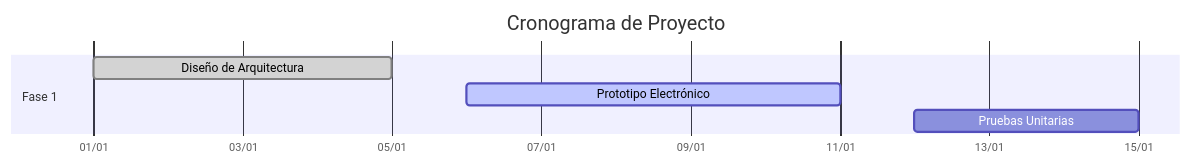
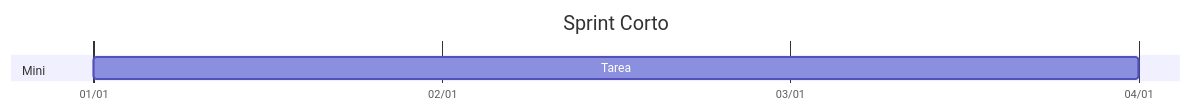
One commit to jhoseph-est/mi-wiki-personal changed diagram 14 of 15 in src/content/docs/99-temp/mermaid.md. Above: the diagram before and after it, drawn with Mermaid. The commit also changed other lines of this file and 4 other files, not shown here.

Commit message:
ultima mejora en los mermaid con modificacion en el tamaño

````diff
--- a/src/content/docs/99-temp/mermaid.md
+++ b/src/content/docs/99-temp/mermaid.md
@@ -236,11 +247,10 @@
 ```mermaid
+%%width: 600%%
 gantt
-    title Cronograma de Proyecto
+    title Sprint Corto
     dateFormat YYYY-MM-DD
     axisFormat %d/%m
-    tickInterval 2day
-    section Fase 1
-    Diseño de Arquitectura :done, 2026-01-01, 2026-01-05
-    Prototipo Electrónico  :active, 2026-01-06, 2026-01-11
-    Pruebas Unitarias      : 2026-01-12, 2026-01-15
+    tickInterval 1day
+    section Mini
+    Tarea : 2026-01-01, 2026-01-04
 ```
````
